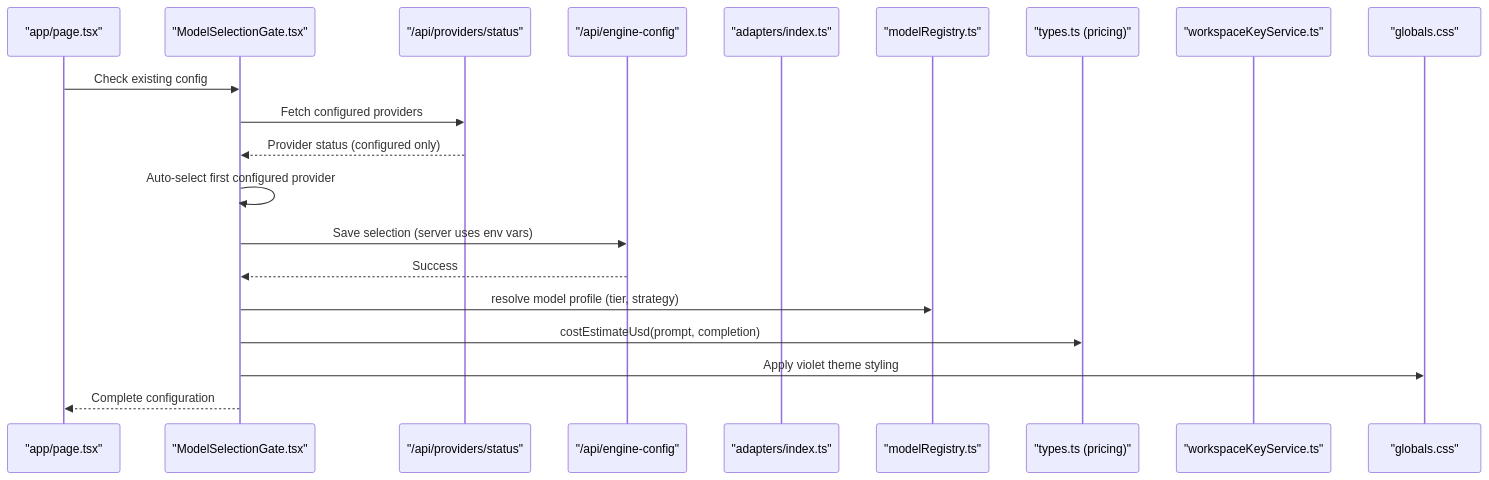
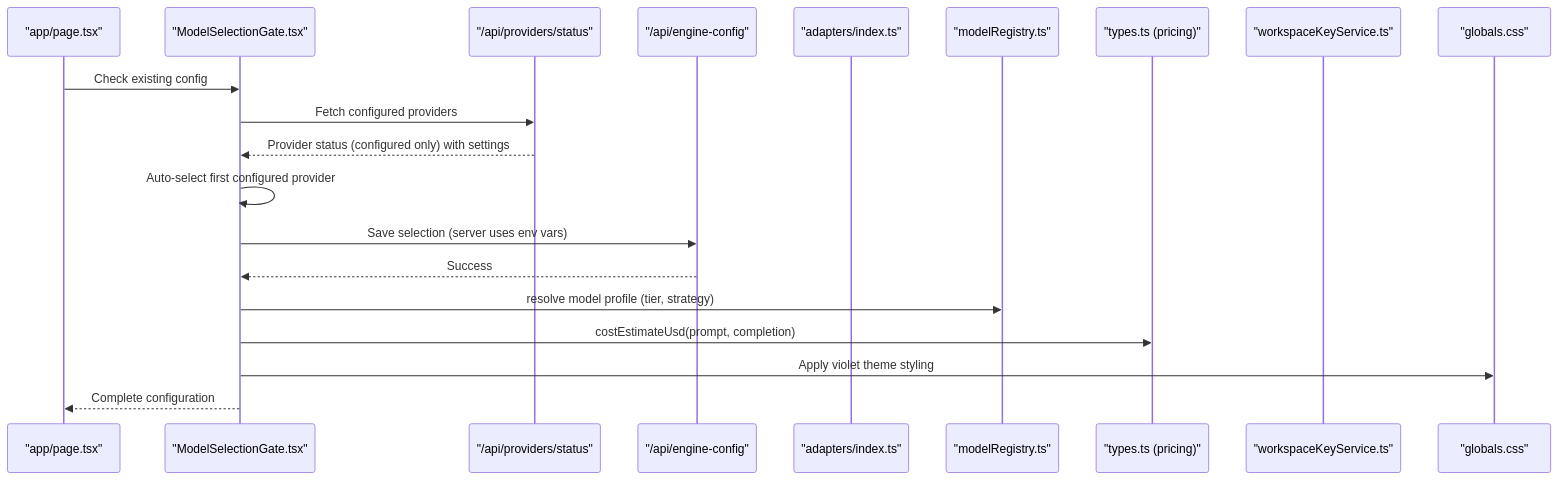
One commit to shekhargiri005-dotcom/AI-powered-accessibility-first-UI-engine changed the second of 13 diagrams in .qoder/repowiki/en/content/AI Generation Engine/Model Configuration & Selection/Model Configuration & Selection.md. Above: the diagram before and after it, drawn with Mermaid. The commit also changed other lines of this file and 8 other files, not shown here.

````diff
--- a/.qoder/repowiki/en/content/AI Generation Engine/Model Configuration & Selection/Model Configuration & Selection.md
+++ b/.qoder/repowiki/en/content/AI Generation Engine/Model Configuration & Selection/Model Configuration & Selection.md
@@ -195,22 +209,22 @@
 ```mermaid
 sequenceDiagram
 participant APP as "app/page.tsx"
 participant MSG as "ModelSelectionGate.tsx"
 participant PSAPI as "/api/providers/status"
 participant API_EC as "/api/engine-config"
 participant AD as "adapters/index.ts"
 participant REG as "modelRegistry.ts"
 participant PR as "types.ts (pricing)"
 participant WS as "workspaceKeyService.ts"
 participant CSS as "globals.css"
 APP->>MSG : Check existing config
 MSG->>PSAPI : Fetch configured providers
-PSAPI-->>MSG : Provider status (configured only)
+PSAPI-->>MSG : Provider status (configured only) with settings
 MSG->>MSG : Auto-select first configured provider
 MSG->>API_EC : Save selection (server uses env vars)
 API_EC-->>MSG : Success
 MSG->>REG : resolve model profile (tier, strategy)
 MSG->>PR : costEstimateUsd(prompt, completion)
 MSG->>CSS : Apply violet theme styling
 MSG-->>APP : Complete configuration
 ```
````
